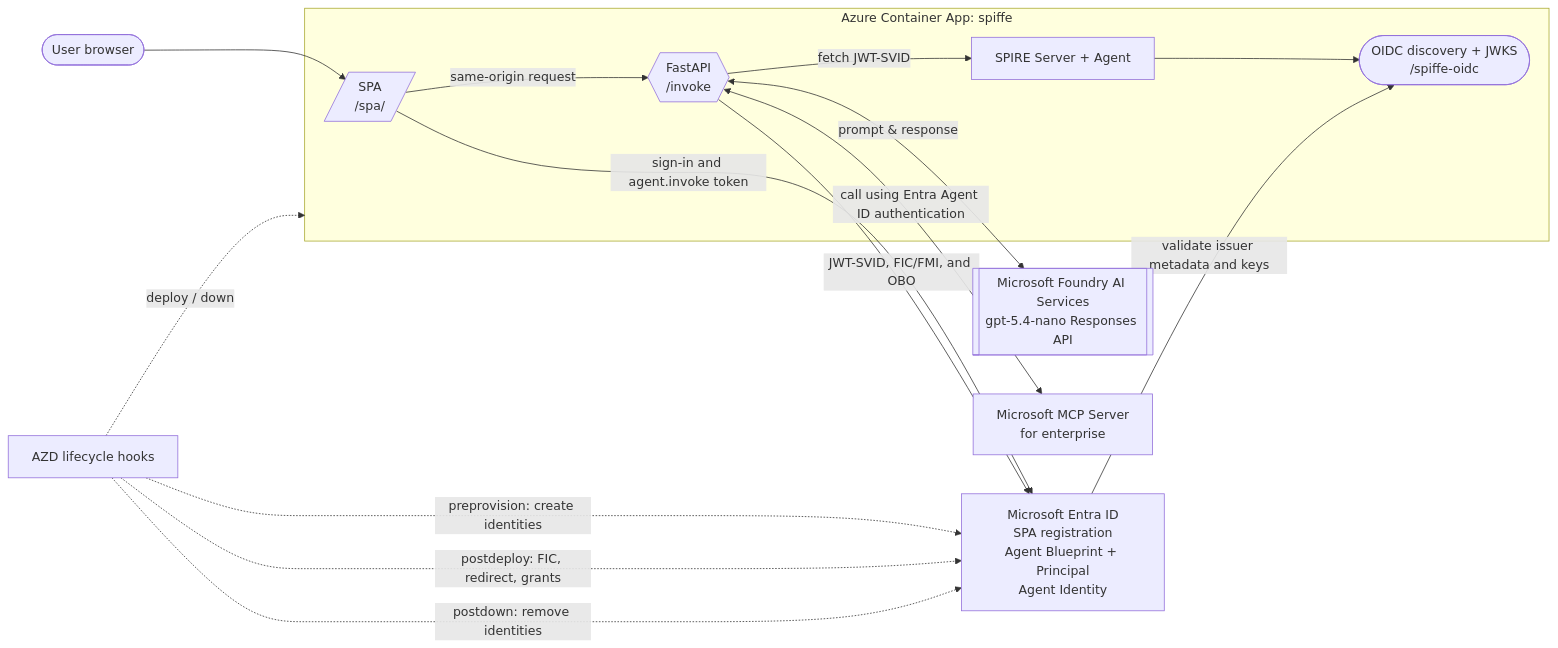
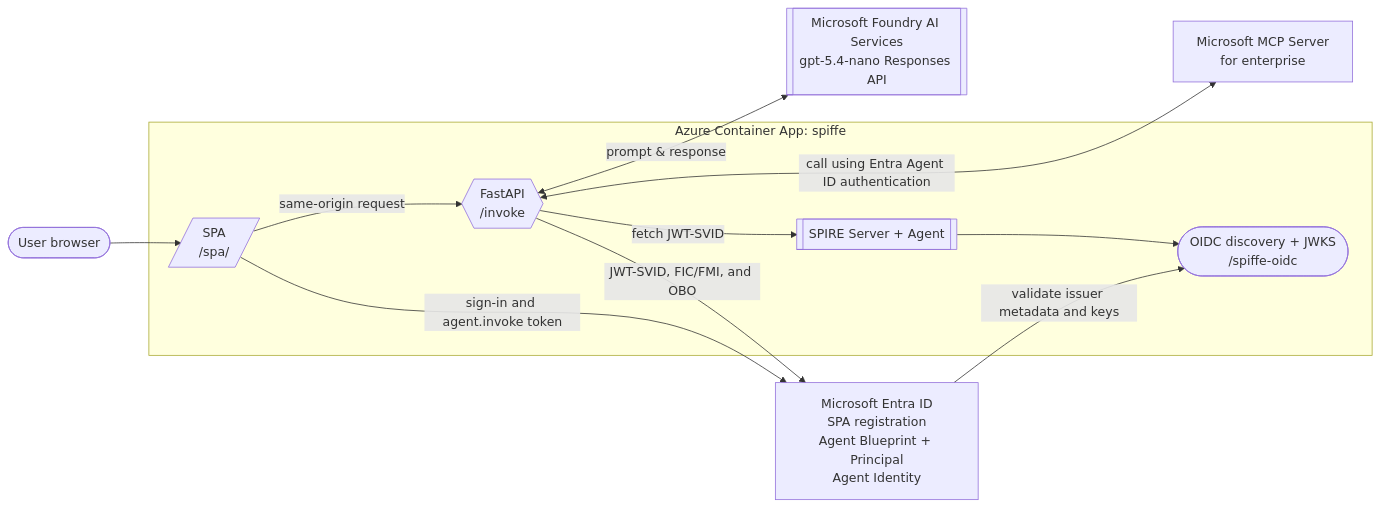
The diagram in README.md (astaykov/agentid-spiffe), drawn with Mermaid before and after one commit.

Commit message:
minor diagram changes

````diff
--- a/README.md
+++ b/README.md
@@ -14,31 +14,34 @@
 ```mermaid
 flowchart LR
   user(["User browser"])
-  azd["AZD lifecycle hooks"]
-  entra["Microsoft Entra ID<br/>SPA registration<br/>Agent Blueprint + Principal<br/>Agent Identity"]
+
   model[["Microsoft Foundry AI Services<br/>gpt-5.4-nano Responses API"]]
   mcp["Microsoft MCP Server<br/>for enterprise"]
 
   subgraph azure["Azure Container App: spiffe"]
     spa[/"SPA<br/>/spa/"/]
     api{{"FastAPI<br/>/invoke"}}
-    spire["SPIRE Server + Agent"]
+    spire[["SPIRE Server + Agent"]]
     oidc(["OIDC discovery + JWKS<br/>/spiffe-oidc"])
-
-    spa -->|"same-origin request"| api
-    api -->|"fetch JWT-SVID"| spire
-    spire --> oidc
   end
 
+  entra["Microsoft Entra ID<br/>SPA registration<br/>Agent Blueprint + Principal<br/>Agent Identity"]
+
+  %% 1. Use an invisible link to force horizontal side-by-side placement
+  model ~~~ mcp
+
+  %% 2. Define top-level connections first to push them UP
+  api <-->|"prompt & response"| model
+  api <-->|"call using Entra Agent ID authentication"| mcp  
+
+  %% 3. Define middle flow
   user --> spa
+  spa -->|"same-origin request"| api
+  api -->|"fetch JWT-SVID"| spire
+  spire --> oidc
+
+  %% 4. Define bottom-level connections last to push them DOWN
   spa -->|"sign-in and agent.invoke token"| entra
   api -->|"JWT-SVID, FIC/FMI, and OBO"| entra
   entra -->|"validate issuer metadata and keys"| oidc
-  api <-->|"prompt & response "| model
-  api <-->|"call using Entra Agent ID authentication"| mcp
-  
-  azd -. "preprovision: create identities" .-> entra
-  azd -. "deploy / down" .-> azure
-  azd -. "postdeploy: FIC, redirect, grants" .-> entra
-  azd -. "postdown: remove identities" .-> entra
 ```
````
